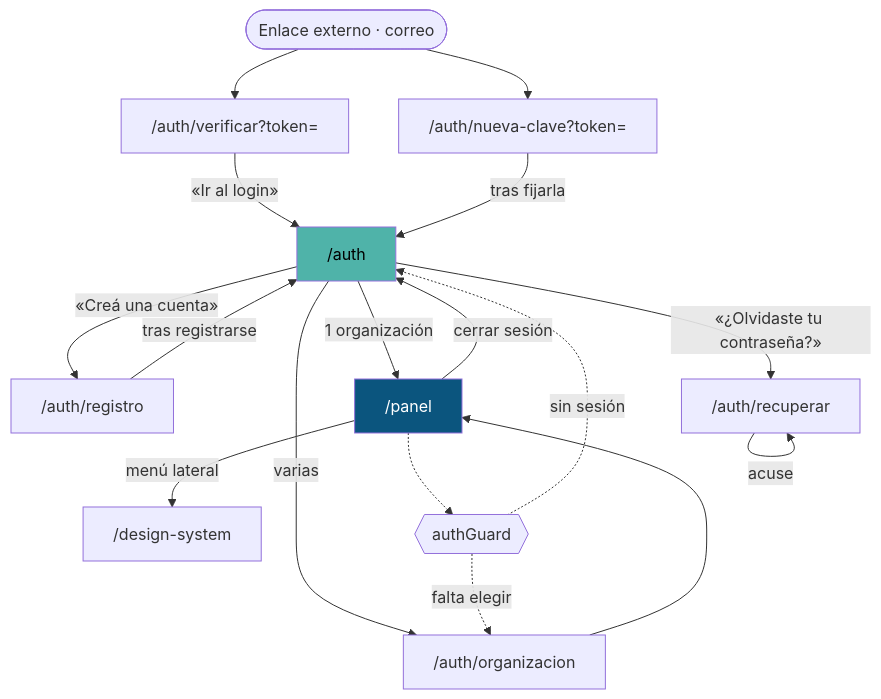
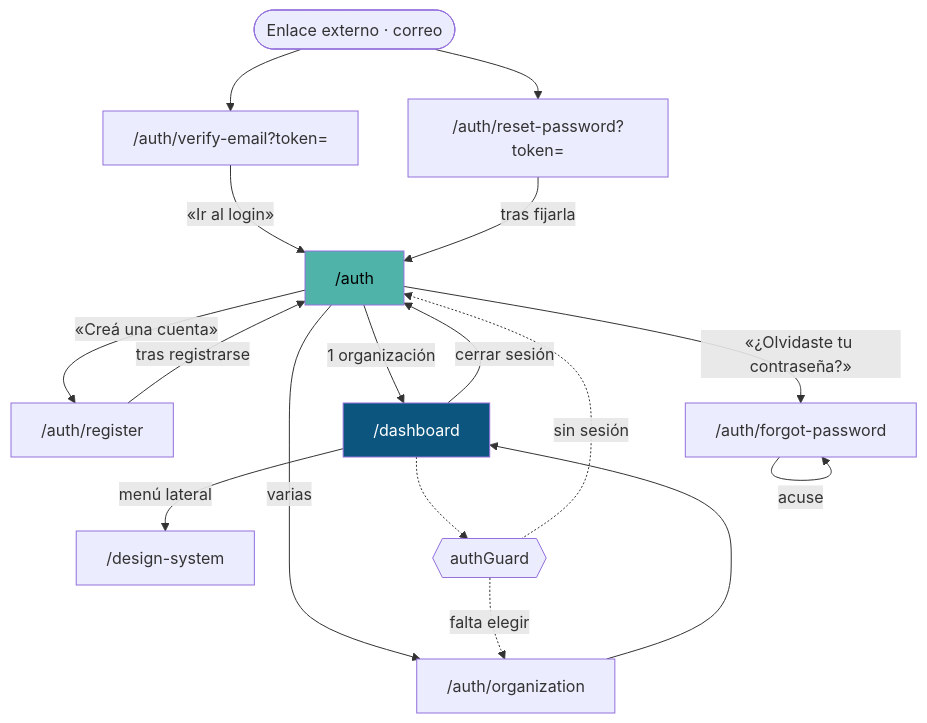
One commit to mdavila-2001/mantra-core-health changed the diagram in docs/routes/route-catalog.md. Above: the diagram before and after it, drawn with Mermaid. The commit also changed other lines of this file and 234 other files, not shown here.

````diff
--- a/docs/routes/route-catalog.md
+++ b/docs/routes/route-catalog.md
@@ -53,25 +121,25 @@
 ```mermaid
 graph TD
-  EXT([Enlace externo · correo]) --> VER["/auth/verificar?token="]
-  EXT --> NUE["/auth/nueva-clave?token="]
+  EXT([Enlace externo · correo]) --> VER["/auth/verify-email?token="]
+  EXT --> NUE["/auth/reset-password?token="]
 
-  LOGIN["/auth"] -->|«Creá una cuenta»| REG["/auth/registro"]
-  LOGIN -->|«¿Olvidaste tu contraseña?»| REC["/auth/recuperar"]
+  LOGIN["/auth"] -->|«Creá una cuenta»| REG["/auth/register"]
+  LOGIN -->|«¿Olvidaste tu contraseña?»| REC["/auth/forgot-password"]
   REG -->|tras registrarse| LOGIN
   REC -->|acuse| REC
   VER -->|«Ir al login»| LOGIN
   NUE -->|tras fijarla| LOGIN
 
-  LOGIN -->|1 organización| PANEL["/panel"]
-  LOGIN -->|varias| ORG["/auth/organizacion"]
+  LOGIN -->|1 organización| PANEL["/dashboard"]
+  LOGIN -->|varias| ORG["/auth/organization"]
   ORG --> PANEL
   PANEL -->|menú lateral| DS["/design-system"]
   PANEL -->|cerrar sesión| LOGIN
 
   GUARD{{authGuard}} -.->|sin sesión| LOGIN
   GUARD -.->|falta elegir| ORG
   PANEL -.-> GUARD
 
   style PANEL fill:#0B557E,color:#fff
   style LOGIN fill:#4FB3A9,color:#000
 ```
````
